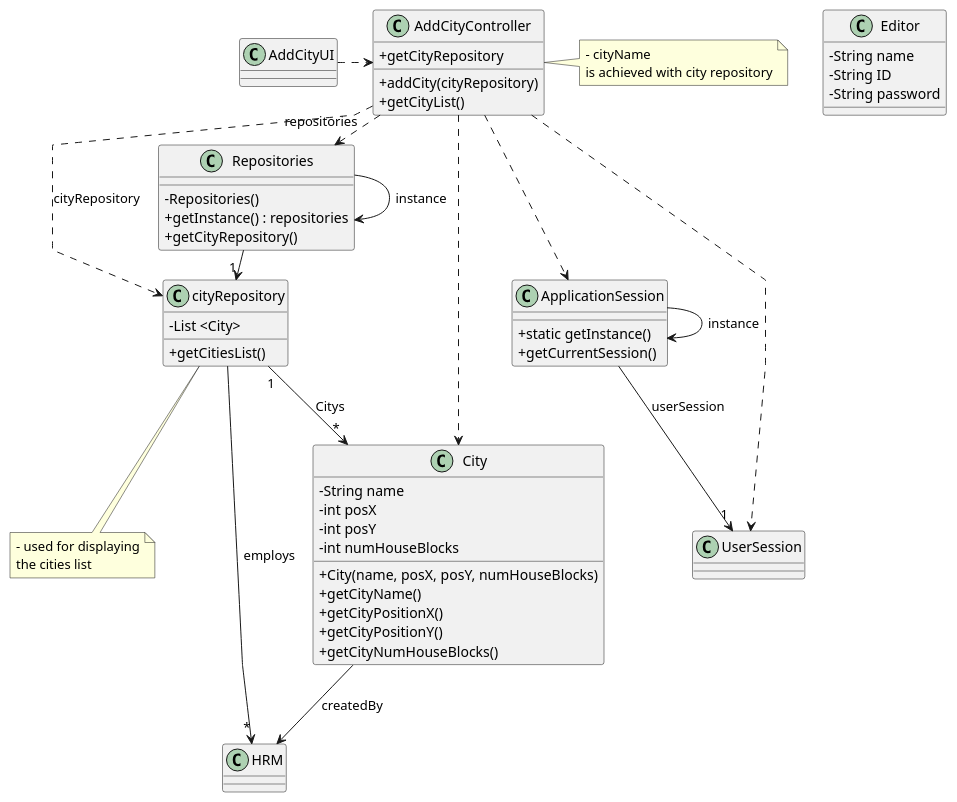
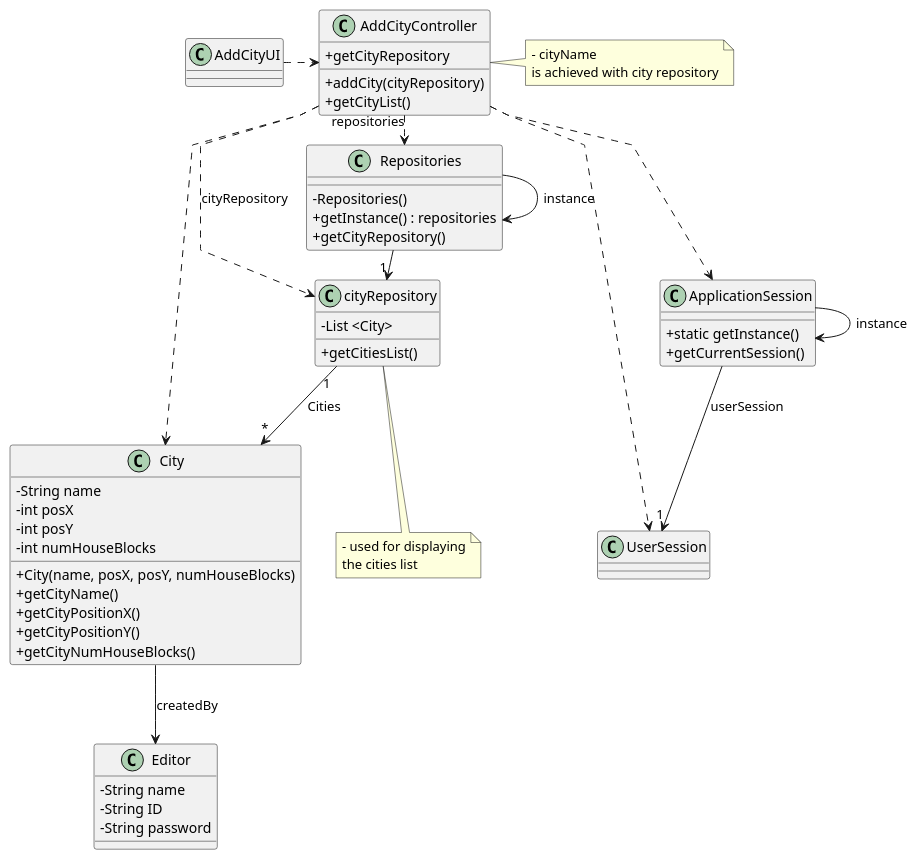
Before and after one commit to ivasduarte/all-aboard: the diagram in docs/sprint2/us003/03.design/puml/us003-class-diagram.puml, drawn with PlantUML. The commit also changed 2 other files, not shown here.

Commit message:
US003(docs): initial tests to be implemented + initial version of the class diagram

```diff
--- a/docs/sprint2/us003/03.design/puml/us003-class-diagram.puml
+++ b/docs/sprint2/us003/03.design/puml/us003-class-diagram.puml
@@ -1,95 +1,94 @@
 @startuml
 'skinparam monochrome true
 skinparam packageStyle rectangle
 skinparam shadowing false
 skinparam linetype polyline
 'skinparam linetype orto
 
 skinparam classAttributeIconSize 0
 
 'left to right direction
 
 class ApplicationSession{
     + static getInstance()
     + getCurrentSession()
 }
 
 class UserSession{
 }
 
 class Editor {
     - String name
     - String ID
     - String password
 }
 
 class City {
     - String name
     - int posX
     - int posY
     - int numHouseBlocks
     + City(name, posX, posY, numHouseBlocks)
     + getCityName()
     + getCityPositionX()
     + getCityPositionY()
     + getCityNumHouseBlocks()
 }
 
 
 
 class cityRepository {
     - List <City>
     + getCitiesList()
 }
 
 
 class Repositories {
     - Repositories()
     + getInstance() : repositories
     + getCityRepository()
 
 }
 
 class AddCityController{
     + addCity(cityRepository)
     + getCityList()
     + getCityRepository
 }
 
 note right of AddCityController
     - cityName
     is achieved with city repository
 end note
 
 note bottom of cityRepository
     - used for displaying
     the cities list
 end note
 
 class AddCityUI {
 }
 
 Repositories -> Repositories : instance
 ApplicationSession -> ApplicationSession : instance
 
 AddCityUI .> AddCityController
 
 AddCityController .> Repositories : repositories
 
 Repositories -> "1" cityRepository
 AddCityController ..> City
 AddCityController ..> cityRepository : cityRepository
 
 
 ApplicationSession --> "1" UserSession : userSession
 
 AddCityController ..> ApplicationSession
 AddCityController ..> UserSession
 
-cityRepository "1" --> "*" City : Citys
+cityRepository "1" --> "*" City : Cities
 
-City--> HRM : createdBy
+City--> Editor : createdBy
 
-cityRepository --> "*" HRM : employs
 
 @enduml
```
